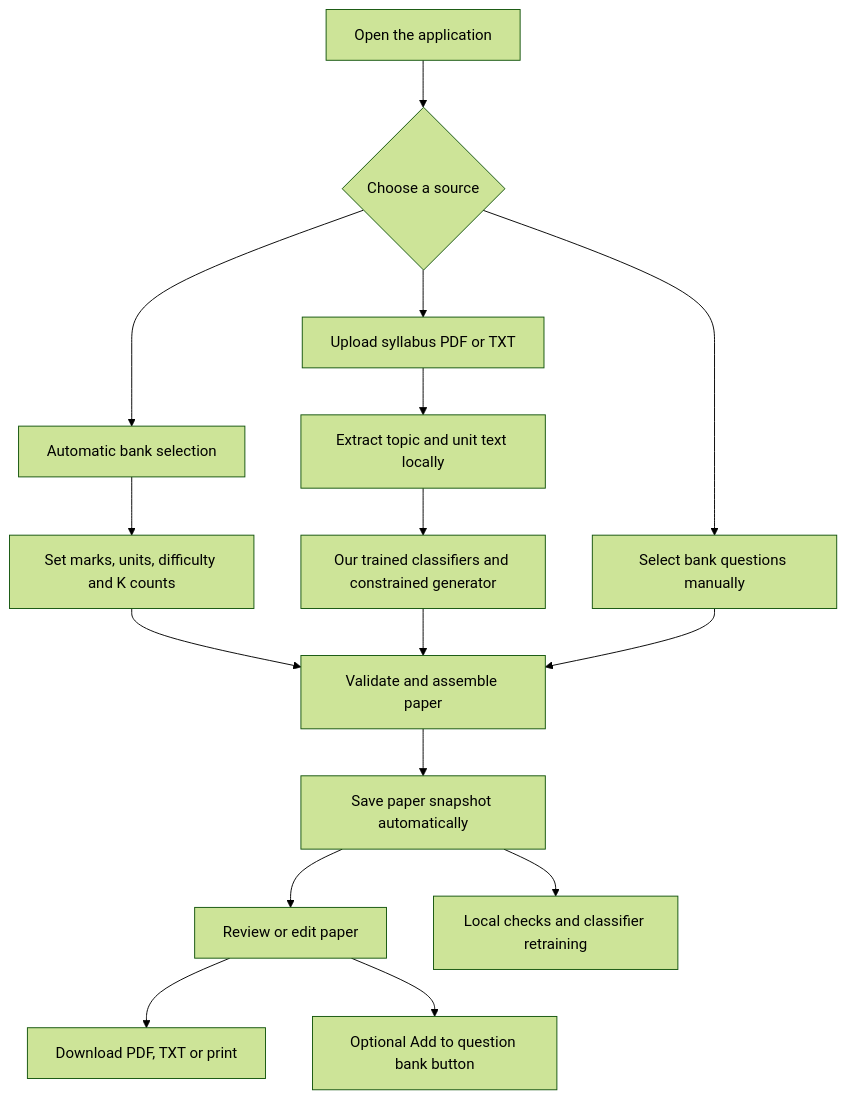
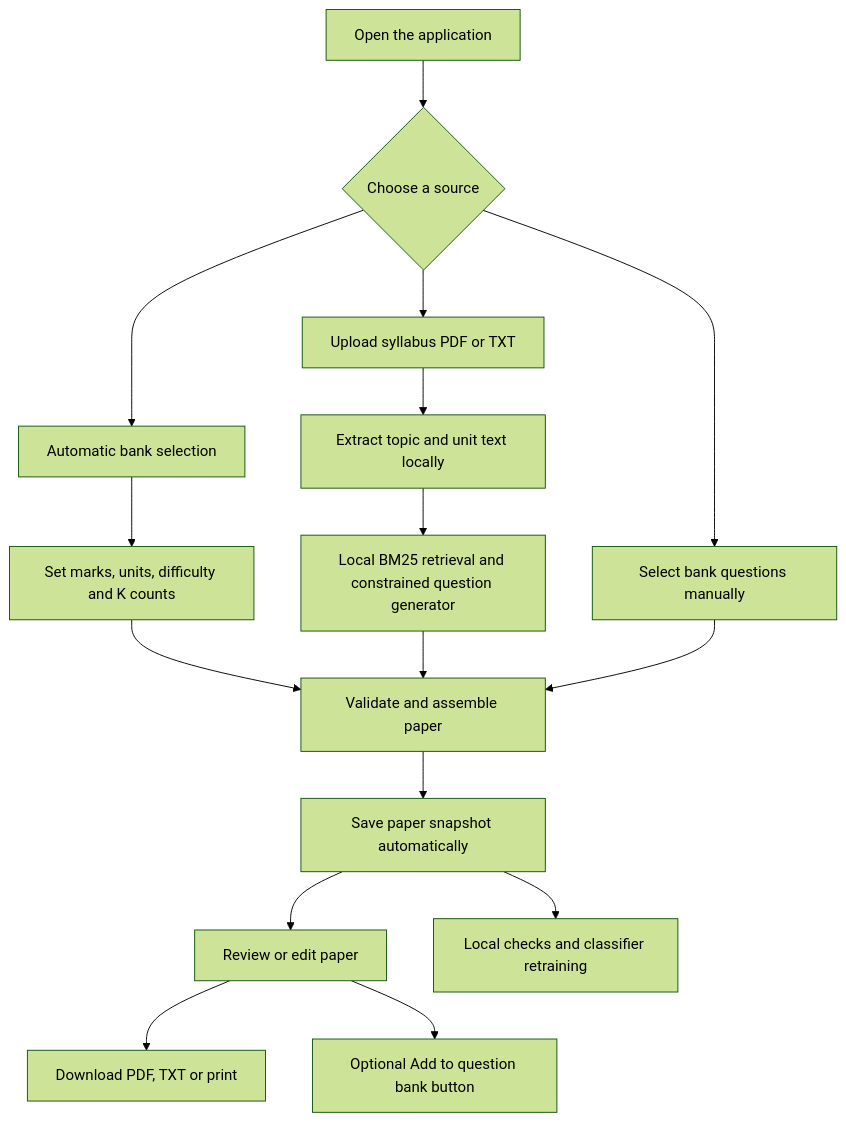
One commit to irfanshafi21/mini-project changed the second of 9 diagrams in README.md. Above: the diagram before and after it, drawn with Mermaid (forest theme). The commit also changed other lines of this file and 22 other files, not shown here.

````diff
--- a/README.md
+++ b/README.md
@@ -155,18 +182,18 @@
 ```mermaid
 flowchart TD
   A[Open the application] --> B{Choose a source}
   B --> C[Select bank questions manually]
   B --> D[Automatic bank selection]
   B --> E[Upload syllabus PDF or TXT]
   D --> F[Set marks, units, difficulty and K counts]
   E --> G[Extract topic and unit text locally]
-  G --> H[Our trained classifiers and constrained generator]
+  G --> H[Local BM25 retrieval and constrained question generator]
   F --> I[Validate and assemble paper]
   H --> I
   C --> I
   I --> J[Save paper snapshot automatically]
   J --> K[Review or edit paper]
   K --> L[Download PDF, TXT or print]
   K --> M[Optional Add to question bank button]
   J --> N[Local checks and classifier retraining]
 ```
````
